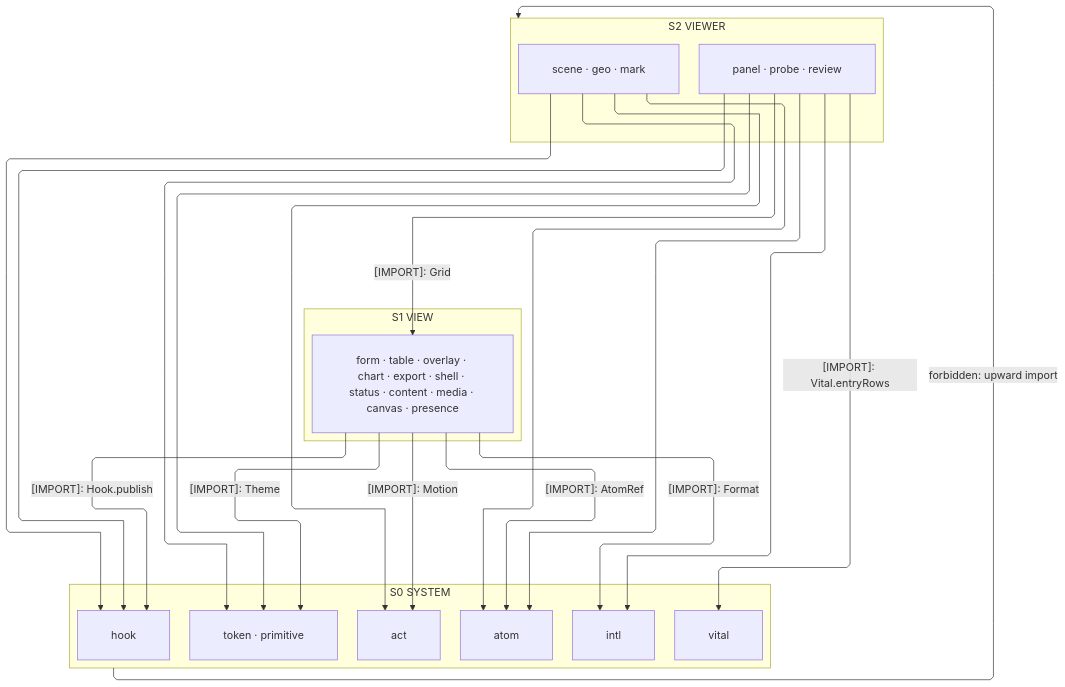
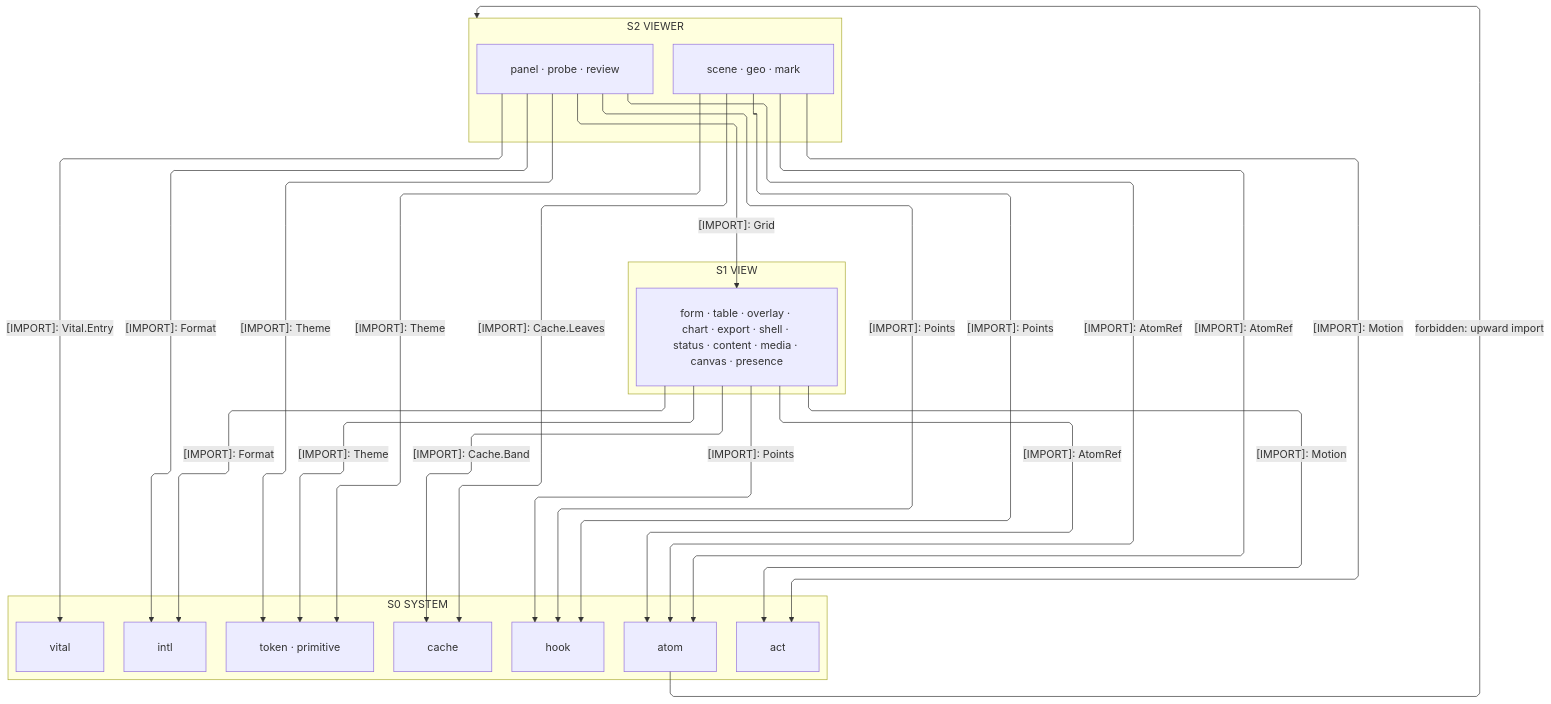
Before and after one commit to bsamiee/Rasm: the first of 3 diagrams in libs/typescript/ui/ARCHITECTURE.md, drawn with Mermaid. The commit also changed other lines of this file and 115 other files, not shown here.

````diff
--- a/libs/typescript/ui/ARCHITECTURE.md
+++ b/libs/typescript/ui/ARCHITECTURE.md
@@ -55,43 +45,46 @@
 ```mermaid
 ---
 config:
   layout: elk
   flowchart:
     curve: linear
     padding: 25
 ---
 flowchart TB
     accTitle: Ui interior import strata
-    accDescr: Three strata — the viewer project over the view surfaces onto the system floor; imports downward, one forbidden upward edge.
+    accDescr: How the viewer project and view surfaces rank onto the system floor, every import downward.
     subgraph S2["S2 VIEWER"]
         Scene["scene · geo · mark"]
         Board["panel · probe · review"]
     end
     subgraph S1["S1 VIEW"]
         View["form · table · overlay · chart · export · shell · status · content · media · canvas · presence"]
     end
     subgraph S0["S0 SYSTEM"]
         Token["token · primitive"]
         Act[act]
         Atom[atom]
+        Cache[cache]
         Intl[intl]
         Hook[hook]
         Vital[vital]
     end
     View e1@-->|"[IMPORT]: AtomRef"| Atom
     View e2@-->|"[IMPORT]: Format"| Intl
     View e3@-->|"[IMPORT]: Theme"| Token
     View e4@-->|"[IMPORT]: Motion"| Act
-    View e12@-->|"[IMPORT]: Hook.publish"| Hook
-    Scene e5@--> Token
-    Scene e6@--> Act
-    Scene e7@--> Atom
-    Scene e13@--> Hook
-    Board e8@--> Atom
-    Board e9@--> Intl
-    Board e10@--> Token
-    Board e11@-->|"[IMPORT]: Grid"| View
-    Board e14@-->|"[IMPORT]: Vital.entryRows"| Vital
-    Board e15@--> Hook
-    S0 f1@-->|"forbidden: upward import"| S2
+    View e5@-->|"[IMPORT]: Points"| Hook
+    View e6@-->|"[IMPORT]: Cache.Band"| Cache
+    Scene e7@-->|"[IMPORT]: Theme"| Token
+    Scene e8@-->|"[IMPORT]: Motion"| Act
+    Scene e9@-->|"[IMPORT]: AtomRef"| Atom
+    Scene e10@-->|"[IMPORT]: Points"| Hook
+    Scene e11@-->|"[IMPORT]: Cache.Leaves"| Cache
+    Board e12@-->|"[IMPORT]: AtomRef"| Atom
+    Board e13@-->|"[IMPORT]: Format"| Intl
+    Board e14@-->|"[IMPORT]: Theme"| Token
+    Board e15@-->|"[IMPORT]: Grid"| View
+    Board e16@-->|"[IMPORT]: Vital.Entry"| Vital
+    Board e17@-->|"[IMPORT]: Points"| Hook
+    Atom f1@-->|"forbidden: upward import"| S2
 ```
````
